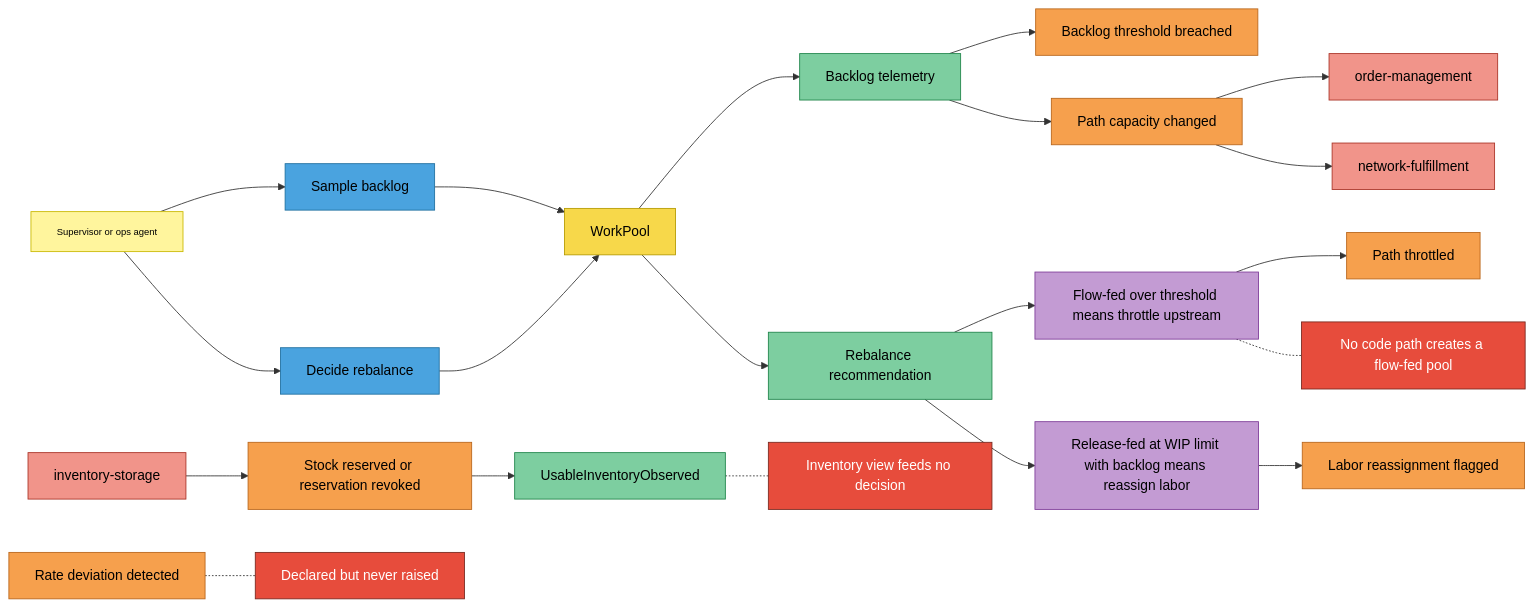
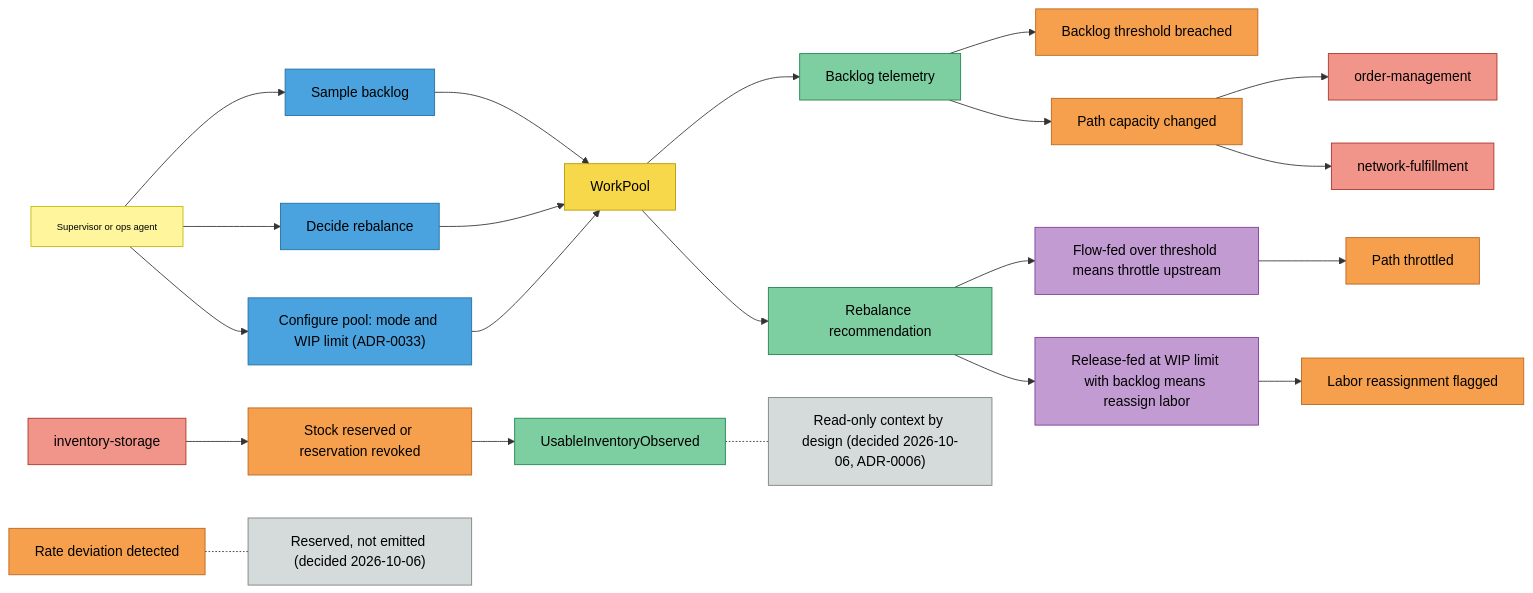
One commit to IQVO/wes-work-planning changed the fourth of 4 diagrams in docs/docs/ddd/eventstorming.md. Above: the diagram before and after it, drawn with Mermaid. The commit also changed other lines of this file and 11 other files, not shown here.

First line of the commit message:
docs: record audit decisions 10a/10c/8, ADR syntax fix, ConfigurePool docs pack

````diff
--- a/docs/docs/ddd/eventstorming.md
+++ b/docs/docs/ddd/eventstorming.md
@@ -154,51 +154,52 @@
 ```mermaid
 flowchart LR
     Sup["Supervisor or ops agent"]:::actor
     INV["inventory-storage"]:::external
     OM["order-management"]:::external
     NF["network-fulfillment"]:::external
 
     C1["Sample backlog"]:::command
     A1["WorkPool"]:::aggregate
     R1["Backlog telemetry"]:::readmodel
     E1["Backlog threshold breached"]:::event
     E2["Path capacity changed"]:::event
 
     C2["Decide rebalance"]:::command
     R2["Rebalance recommendation"]:::readmodel
     P1["Flow-fed over threshold means throttle upstream"]:::policy
     P2["Release-fed at WIP limit with backlog means reassign labor"]:::policy
     E3["Path throttled"]:::event
     E4["Labor reassignment flagged"]:::event
 
+    C3["Configure pool: mode and WIP limit (ADR-0033)"]:::command
+
     ES["Stock reserved or reservation revoked"]:::event
     R3["UsableInventoryObserved"]:::readmodel
 
     E5["Rate deviation detected"]:::event
-    H1["Declared but never raised"]:::hotspot
-    H2["No code path creates a flow-fed pool"]:::hotspot
-    H3["Inventory view feeds no decision"]:::hotspot
+    H1["Reserved, not emitted (decided 2026-10-06)"]:::decided
+    H3["Read-only context by design (decided 2026-10-06, ADR-0006)"]:::decided
 
     Sup --> C1 --> A1 --> R1
     R1 --> E1
     R1 --> E2
     E2 --> OM
     E2 --> NF
     Sup --> C2 --> A1
+    Sup --> C3 --> A1
     A1 --> R2
     R2 --> P1 --> E3
     R2 --> P2 --> E4
     INV --> ES --> R3
     E5 -.- H1
-    P1 -.- H2
     R3 -.- H3
 
     classDef actor fill:#fff59d,stroke:#c9b800,color:#000,font-size:11px
     classDef command fill:#4aa3df,stroke:#1f6f9f,color:#000
     classDef aggregate fill:#f7d84a,stroke:#b59a00,color:#000
     classDef event fill:#f6a04d,stroke:#b8651b,color:#000
     classDef policy fill:#c39bd3,stroke:#7d3c98,color:#000
     classDef readmodel fill:#7dcea0,stroke:#1e8449,color:#000
     classDef external fill:#f1948a,stroke:#a93226,color:#000
-    classDef hotspot fill:#e74c3c,stroke:#78281f,color:#fff
+    classDef decided fill:#d5dbdb,stroke:#7b7d7d,color:#000
 ```
````
